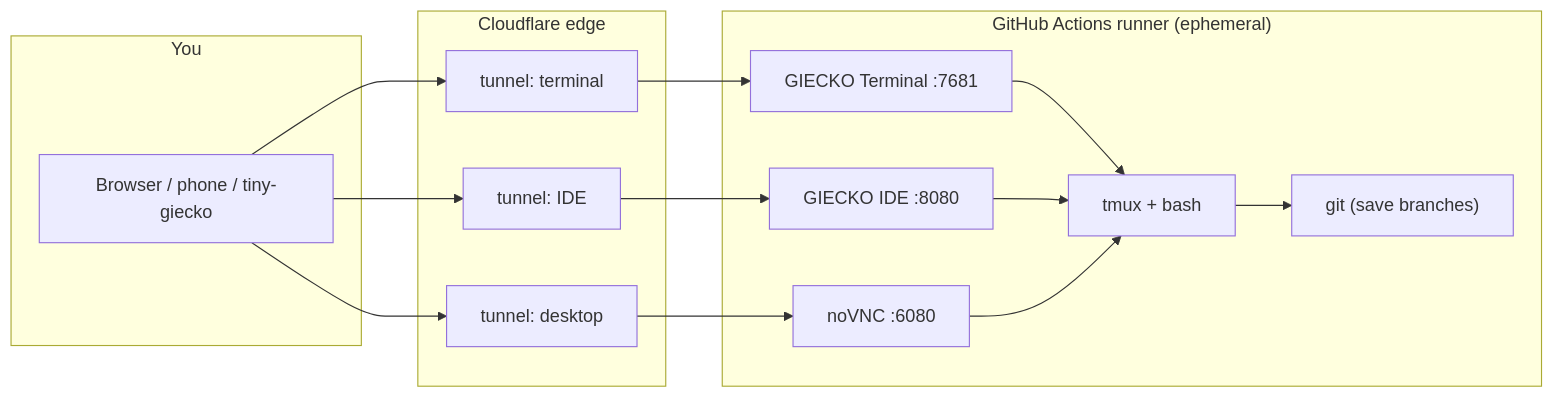
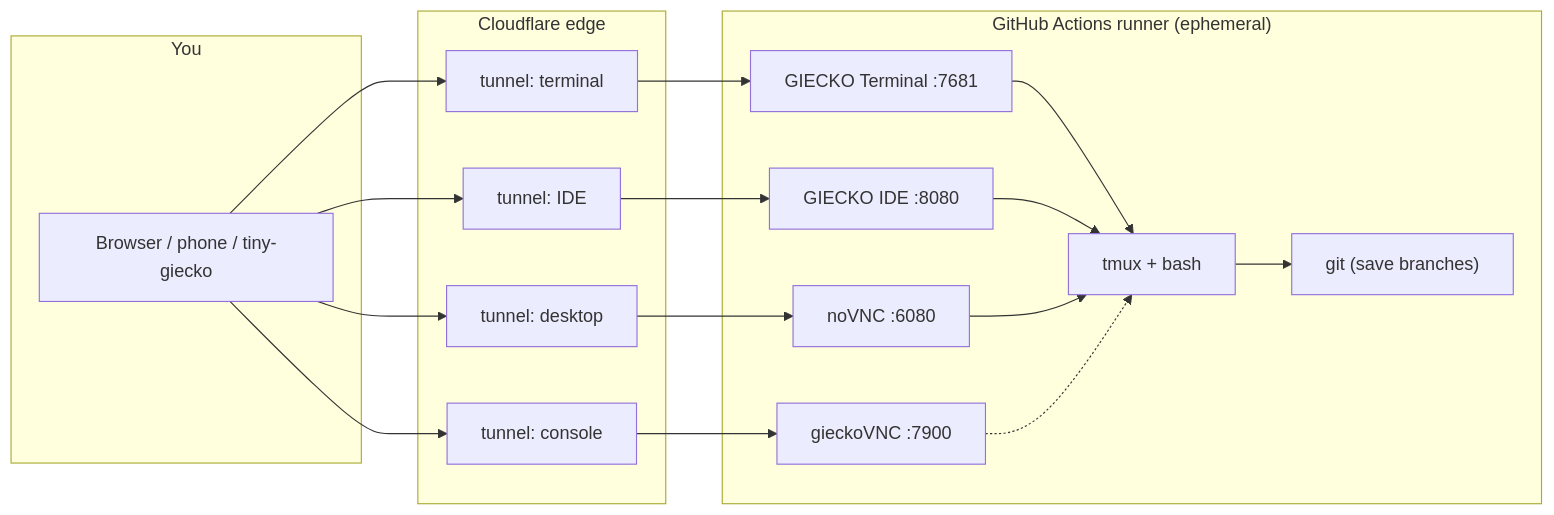
The diagram in wiki/Architecture.md (Seigh-sword/Giecko), drawn with Mermaid before and after one commit. The commit also changed other lines of this file and 9 other files, not shown here.

First line of the commit message:
add gieckoVNC, the always-on machine console [d=1]

````diff
--- a/wiki/Architecture.md
+++ b/wiki/Architecture.md
@@ -11,25 +11,29 @@
 ```mermaid
 flowchart LR
     subgraph you["You"]
         B["Browser / phone / tiny-giecko"]
     end
     subgraph cf["Cloudflare edge"]
         T1["tunnel: terminal"]
         T2["tunnel: IDE"]
         T3["tunnel: desktop"]
+        T4["tunnel: console"]
     end
     subgraph runner["GitHub Actions runner (ephemeral)"]
         TD["GIECKO Terminal :7681"]
         CS["GIECKO IDE :8080"]
         NV["noVNC :6080"]
+        CV["gieckoVNC :7900"]
         SH["tmux + bash"]
         GIT["git (save branches)"]
     end
     B --> T1 --> TD
     B --> T2 --> CS
     B --> T3 --> NV
+    B --> T4 --> CV
     TD --> SH
     CS --> SH
     NV --> SH
+    CV -.-> SH
     SH --> GIT
 ```
````
